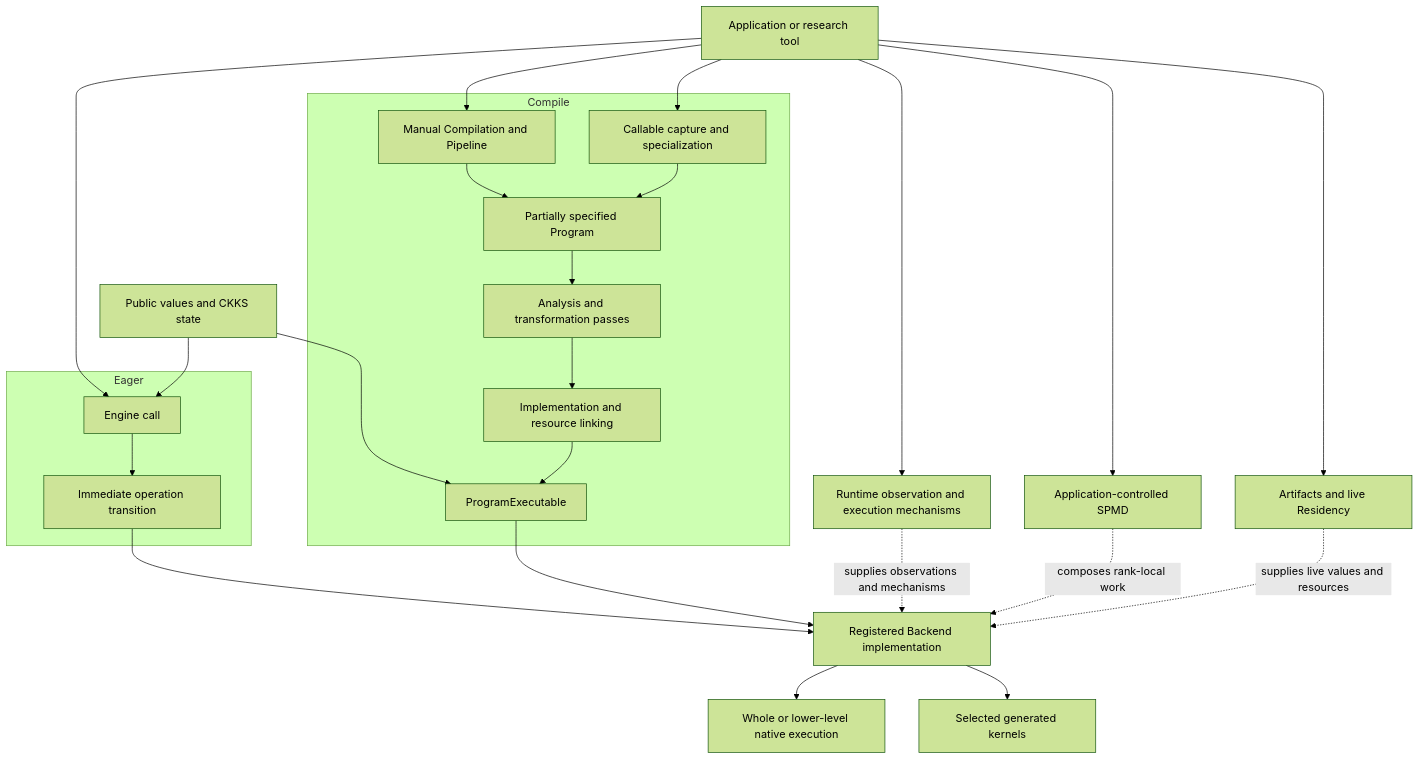
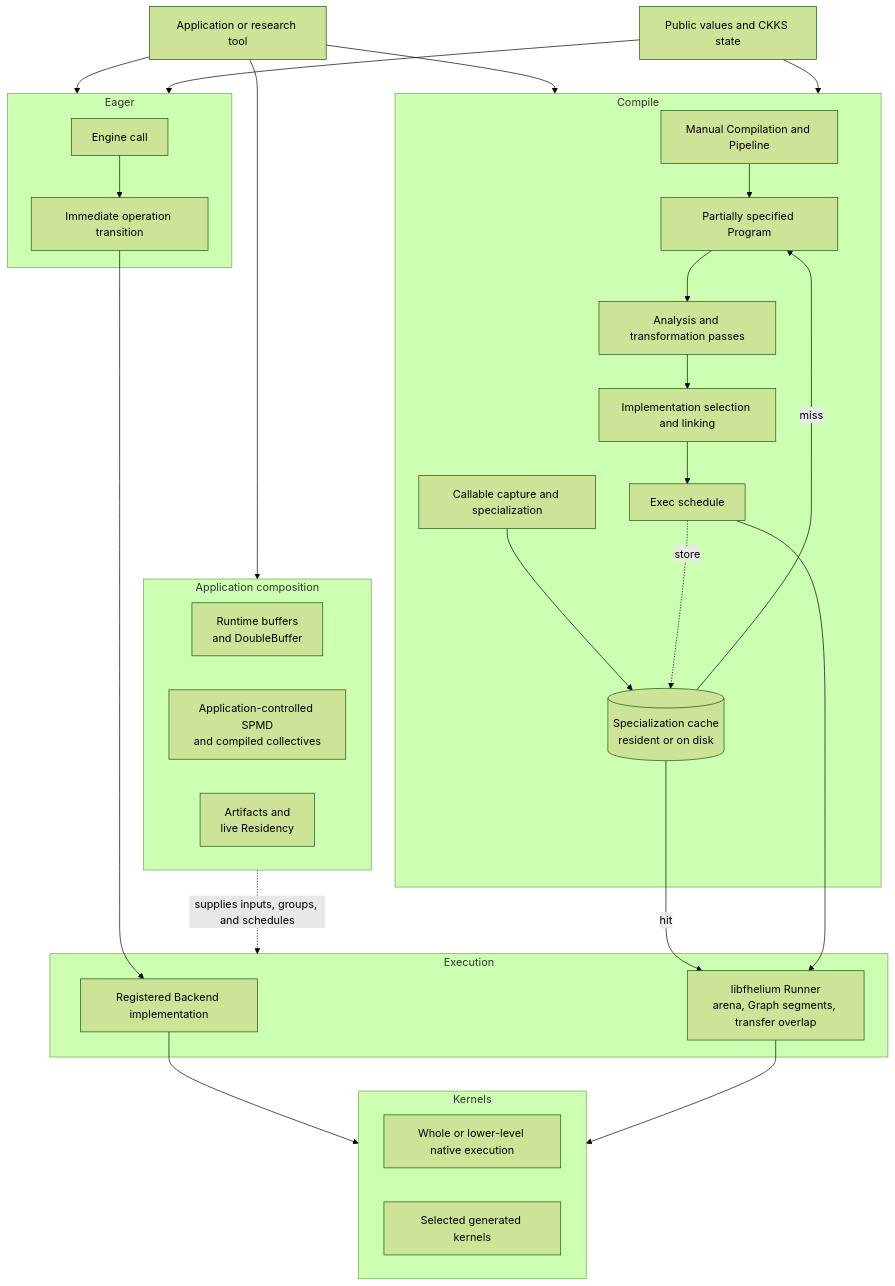
The diagram in docs/concepts/index.md (visualDust/fhelium), drawn with Mermaid (forest theme) before and after one commit. The commit also changed other lines of this file and 475 other files, not shown here.

````diff
--- a/docs/concepts/index.md
+++ b/docs/concepts/index.md
@@ -7,46 +7,54 @@
 ```mermaid
 graph TB
     APP[Application or research tool]
     VALUES[Public values and CKKS state]
 
     subgraph Eager
         ENGINE[Engine call]
         TRANSITION[Immediate operation transition]
         ENGINE --> TRANSITION
     end
 
     subgraph Compile
         MANUAL[Manual Compilation and Pipeline]
         CALLABLE[Callable capture and specialization]
+        CACHE[(Specialization cache<br/>resident or on disk)]
         PROGRAM[Partially specified Program]
+        PASSES[Analysis and transformation passes]
+        LINK[Implementation selection and linking]
+        SCHED[Exec schedule]
+        CALLABLE --> CACHE
+        CACHE -->|miss| PROGRAM
         MANUAL --> PROGRAM
-        CALLABLE --> PROGRAM
-        PASSES[Analysis and transformation passes]
-        LINK[Implementation and resource linking]
-        EXEC[ProgramExecutable]
-        PROGRAM --> PASSES --> LINK --> EXEC
+        PROGRAM --> PASSES --> LINK --> SCHED
+        SCHED -. store .-> CACHE
     end
 
-    BACKEND[Registered Backend implementation]
-    NATIVE[Whole or lower-level native execution]
-    GENERATED[Selected generated kernels]
-    RUNTIME[Runtime observation and execution mechanisms]
-    DIST[Application-controlled SPMD]
-    STORAGE[Artifacts and live Residency]
+    subgraph EXEC[Execution]
+        BACKEND[Registered Backend implementation]
+        RUNNER[libfhelium Runner<br/>arena, Graph segments, transfer overlap]
+    end
 
-    APP --> ENGINE
-    APP --> MANUAL
-    APP --> CALLABLE
-    VALUES --> ENGINE
-    VALUES --> EXEC
+    subgraph KERNELS[Kernels]
+        NATIVE[Whole or lower-level native execution]
+        GENERATED[Selected generated kernels]
+    end
+
+    subgraph COMPOSE[Application composition]
+        RUNTIME[Runtime buffers<br/>and DoubleBuffer]
+        DIST[Application-controlled SPMD<br/>and compiled collectives]
+        STORAGE[Artifacts and<br/>live Residency]
+    end
+
+    APP --> Eager
+    APP --> Compile
+    VALUES --> Eager
+    VALUES --> Compile
     TRANSITION --> BACKEND
-    EXEC --> BACKEND
-    BACKEND --> NATIVE
-    BACKEND --> GENERATED
-    APP --> RUNTIME
-    APP --> DIST
-    APP --> STORAGE
-    RUNTIME -. supplies observations and mechanisms .-> BACKEND
-    DIST -. composes rank-local work .-> BACKEND
-    STORAGE -. supplies live values and resources .-> BACKEND
+    CACHE -->|hit| RUNNER
+    SCHED --> RUNNER
+    BACKEND --> KERNELS
+    RUNNER --> KERNELS
+    APP --> COMPOSE
+    COMPOSE -. supplies inputs, groups, and schedules .-> EXEC
 ```
````
